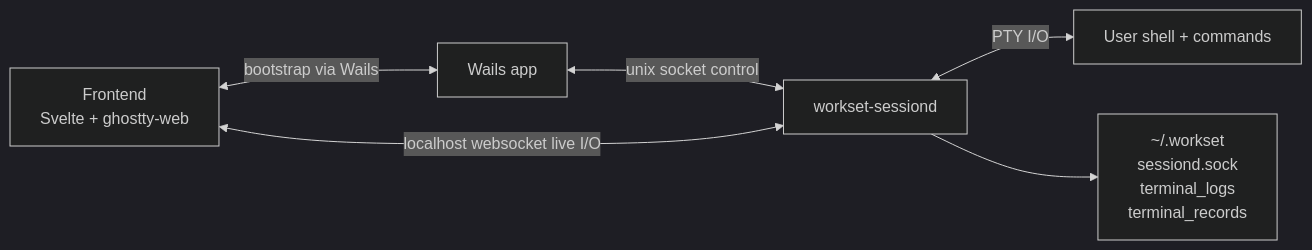
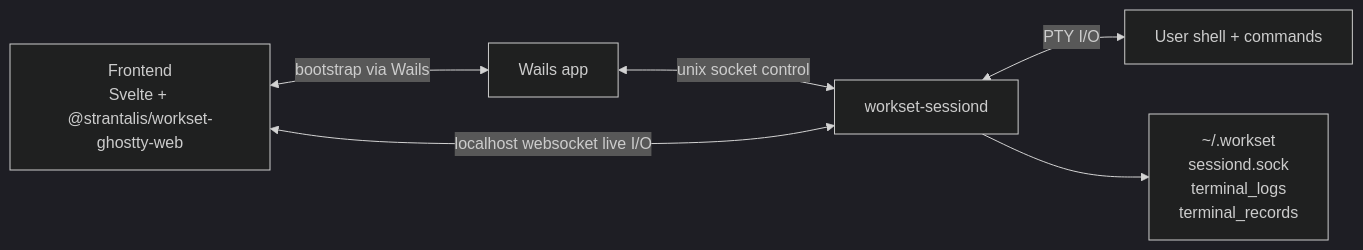
Before and after one commit to strantalis/workset: the first of 2 diagrams in docs/architecture/terminal.md, drawn with Mermaid (dark theme). The commit also changed other lines of this file and 40 other files, not shown here.

Commit message:
feat(workset): harden ghostty terminal lifecycle

````diff
--- a/docs/architecture/terminal.md
+++ b/docs/architecture/terminal.md
@@ -17,8 +17,8 @@
 ```mermaid
 flowchart LR
-  UI[Frontend<br/>Svelte + ghostty-web] <-- bootstrap via Wails --> App[Wails app]
+  UI[Frontend<br/>Svelte + @strantalis/workset-ghostty-web] <-- bootstrap via Wails --> App[Wails app]
   App <-- unix socket control --> D[workset-sessiond]
   UI <-- localhost websocket live I/O --> D
   D <-- PTY I/O --> Shell[User shell + commands]
   D --> State[~/.workset<br/>sessiond.sock<br/>terminal_logs<br/>terminal_records]
 ```
````
